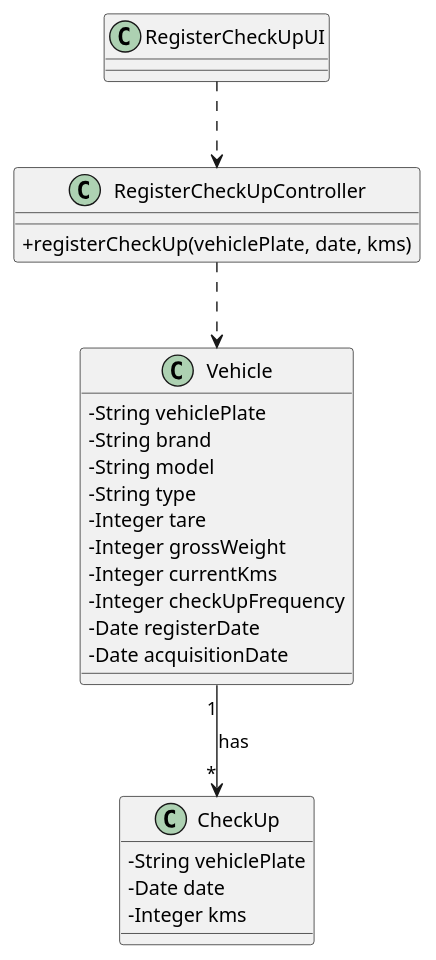
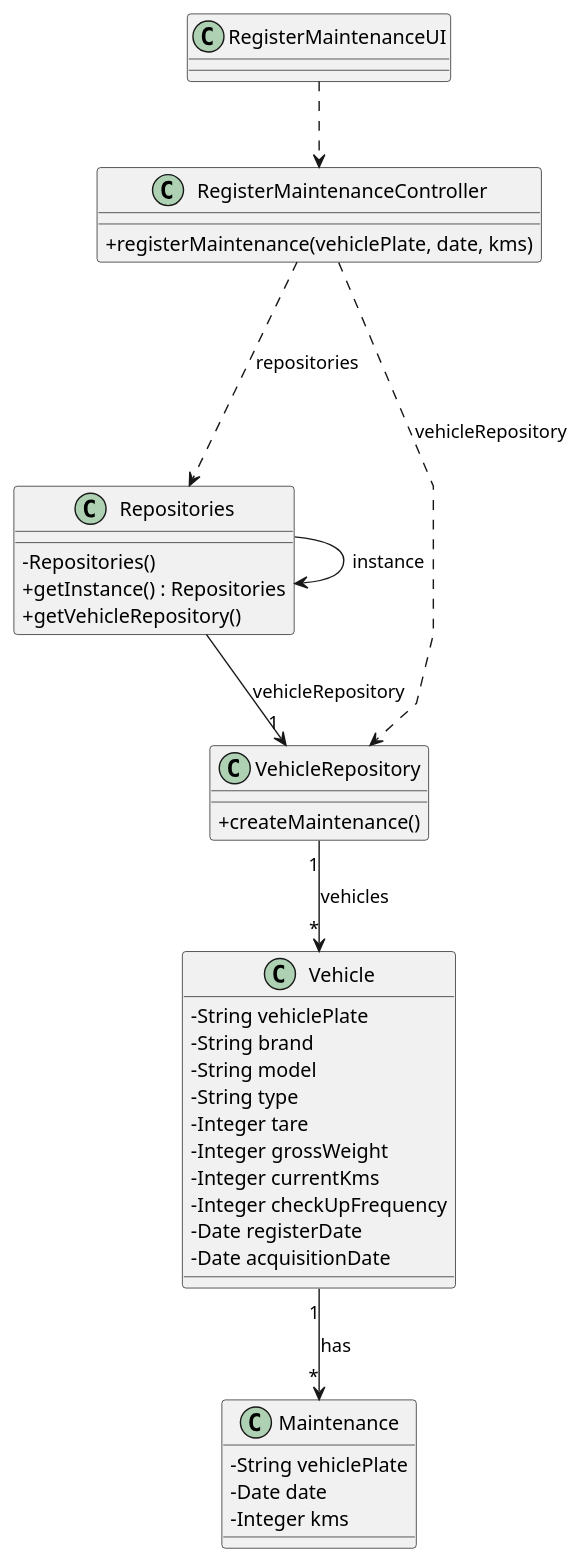
The diagram in docs/sprintB/us007/03.design/puml/us007-class-diagram.puml (Departamento-de-Engenharia-Informatica/lei-24-s2-1dm-g132), drawn with PlantUML before and after one commit. The commit also changed 1 other file, not shown here.

Commit message:
Us001/Us007 - Additional touches to the Class Diagrams

```diff
--- a/docs/sprintB/us007/03.design/puml/us007-class-diagram.puml
+++ b/docs/sprintB/us007/03.design/puml/us007-class-diagram.puml
@@ -1,49 +1,60 @@
 @startuml
 'skinparam monochrome true
 skinparam packageStyle rectangle
 skinparam shadowing false
 skinparam linetype polyline
 'skinparam linetype orto
 
 skinparam classAttributeIconSize 0
 
 'left to right direction
 
-class RegisterCheckUpController {
-    +registerCheckUp(vehiclePlate, date, kms)
+class RegisterMaintenanceController {
+    +registerMaintenance(vehiclePlate, date, kms)
 }
 
 
-class RegisterCheckUpUI {
+class RegisterMaintenanceUI {
 }
 
 class Vehicle {
   - String vehiclePlate
       - String brand
       - String model
       - String type
       - Integer tare
       - Integer grossWeight
       - Integer currentKms
             - Integer checkUpFrequency
       - Date registerDate
       - Date acquisitionDate
 
 }
-
-
-
-class CheckUp {
-  - String vehiclePlate
-- Date date
--Integer kms
+class Repositories {
+    - Repositories()
+    + getInstance() : Repositories
+    + getVehicleRepository()
 }
 
 
-RegisterCheckUpUI ..> RegisterCheckUpController
-RegisterCheckUpController ..> Vehicle
-Vehicle "1" --> "*" CheckUp : has
+class Maintenance {
+    - String vehiclePlate
+    - Date date
+    - Integer kms
+}
+class VehicleRepository {
+    + createMaintenance()
+}
+
+Repositories -> Repositories : instance
+RegisterMaintenanceUI ..> RegisterMaintenanceController
+Vehicle "1" --> "*" Maintenance : has
+RegisterMaintenanceController ...> Repositories: repositories
+Repositories --> "1" VehicleRepository: vehicleRepository
+RegisterMaintenanceController ..> VehicleRepository: vehicleRepository
+VehicleRepository "1" --> "*" Vehicle : vehicles
+
 
 
 
 @enduml
```
